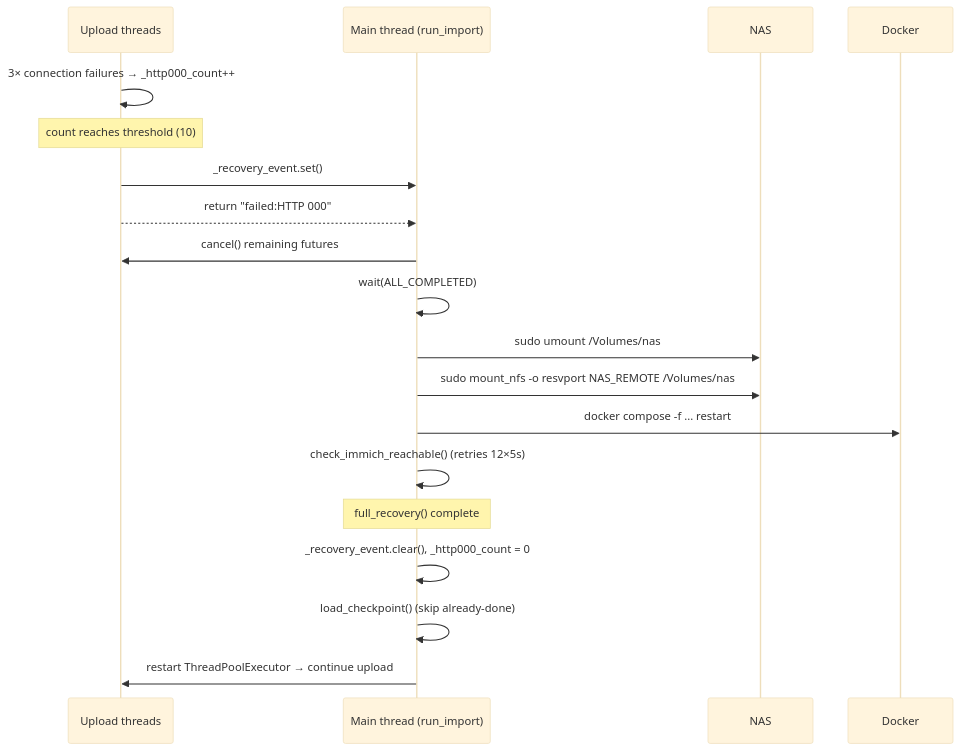
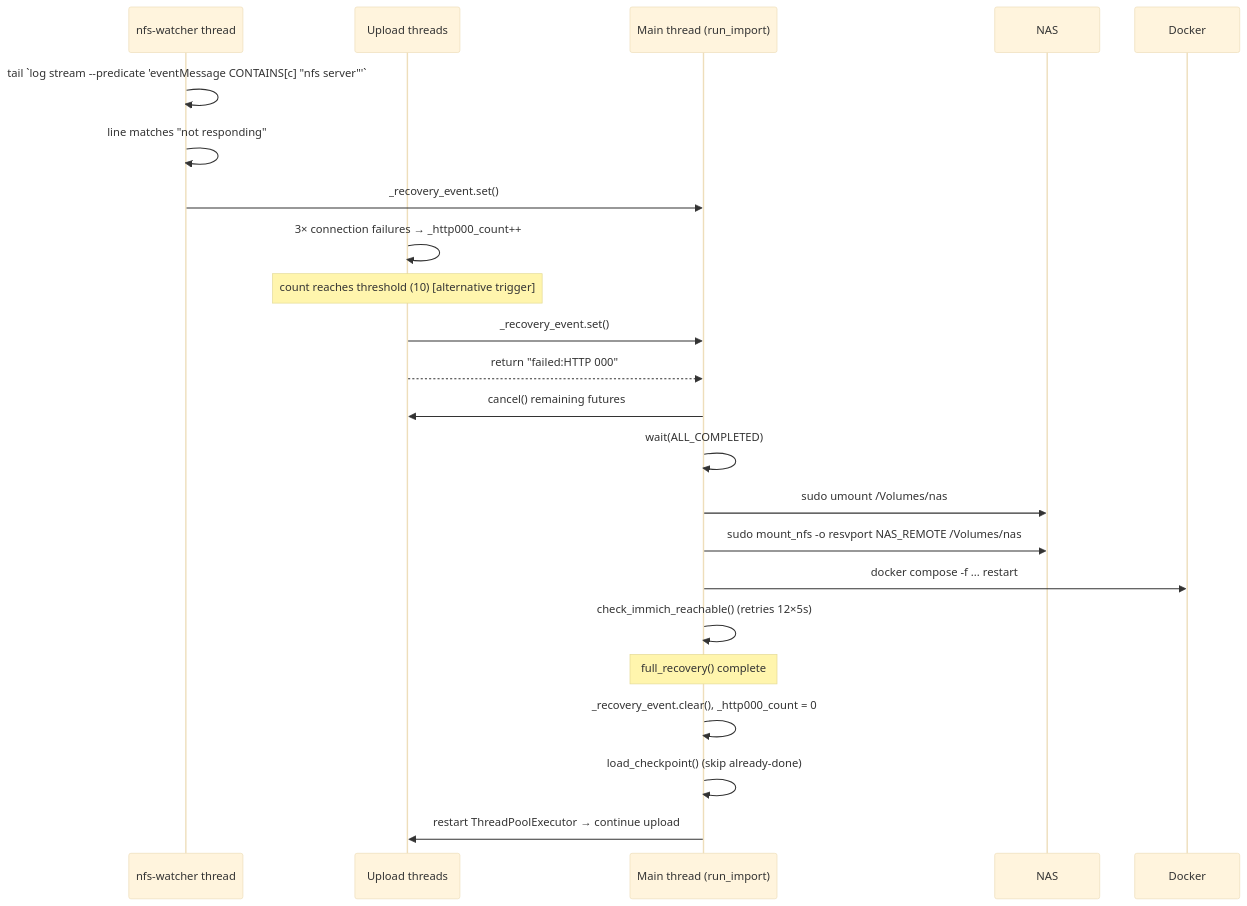
One commit to raducojocari/immich-test changed the third of 3 diagrams in ARCHITECTURE.md. Above: the diagram before and after it, drawn with Mermaid (base theme). The commit also changed other lines of this file and 2 other files, not shown here.

First line of the commit message:
Add NFS 'not responding' log watcher for automatic recovery

````diff
--- a/ARCHITECTURE.md
+++ b/ARCHITECTURE.md
@@ -272,24 +278,29 @@
 ```mermaid
 sequenceDiagram
+    participant Watcher as nfs-watcher thread
     participant Threads as Upload threads
     participant Main as Main thread (run_import)
     participant NAS
     participant Docker
 
+    Watcher->>Watcher: tail `log stream --predicate 'eventMessage CONTAINS[c] "nfs server"'`
+    Watcher->>Watcher: line matches "not responding"
+    Watcher->>Main: _recovery_event.set()
+
     Threads->>Threads: 3× connection failures → _http000_count++
-    Note over Threads: count reaches threshold (10)
+    Note over Threads: count reaches threshold (10) [alternative trigger]
     Threads->>Main: _recovery_event.set()
     Threads-->>Main: return "failed:HTTP 000"
     Main->>Threads: cancel() remaining futures
     Main->>Main: wait(ALL_COMPLETED)
 
     Main->>NAS: sudo umount /Volumes/nas
     Main->>NAS: sudo mount_nfs -o resvport NAS_REMOTE /Volumes/nas
     Main->>Docker: docker compose -f ... restart
     Main->>Main: check_immich_reachable() (retries 12×5s)
 
     Note over Main: full_recovery() complete
     Main->>Main: _recovery_event.clear(), _http000_count = 0
     Main->>Main: load_checkpoint() (skip already-done)
     Main->>Threads: restart ThreadPoolExecutor → continue upload
 ```
````
